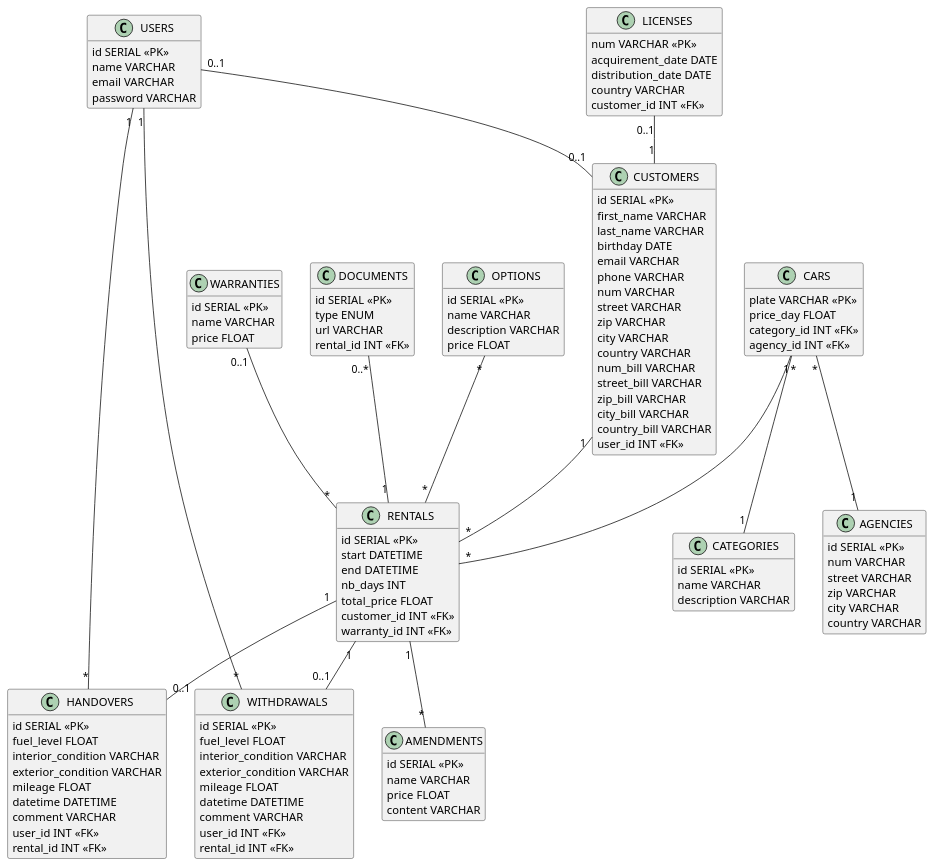
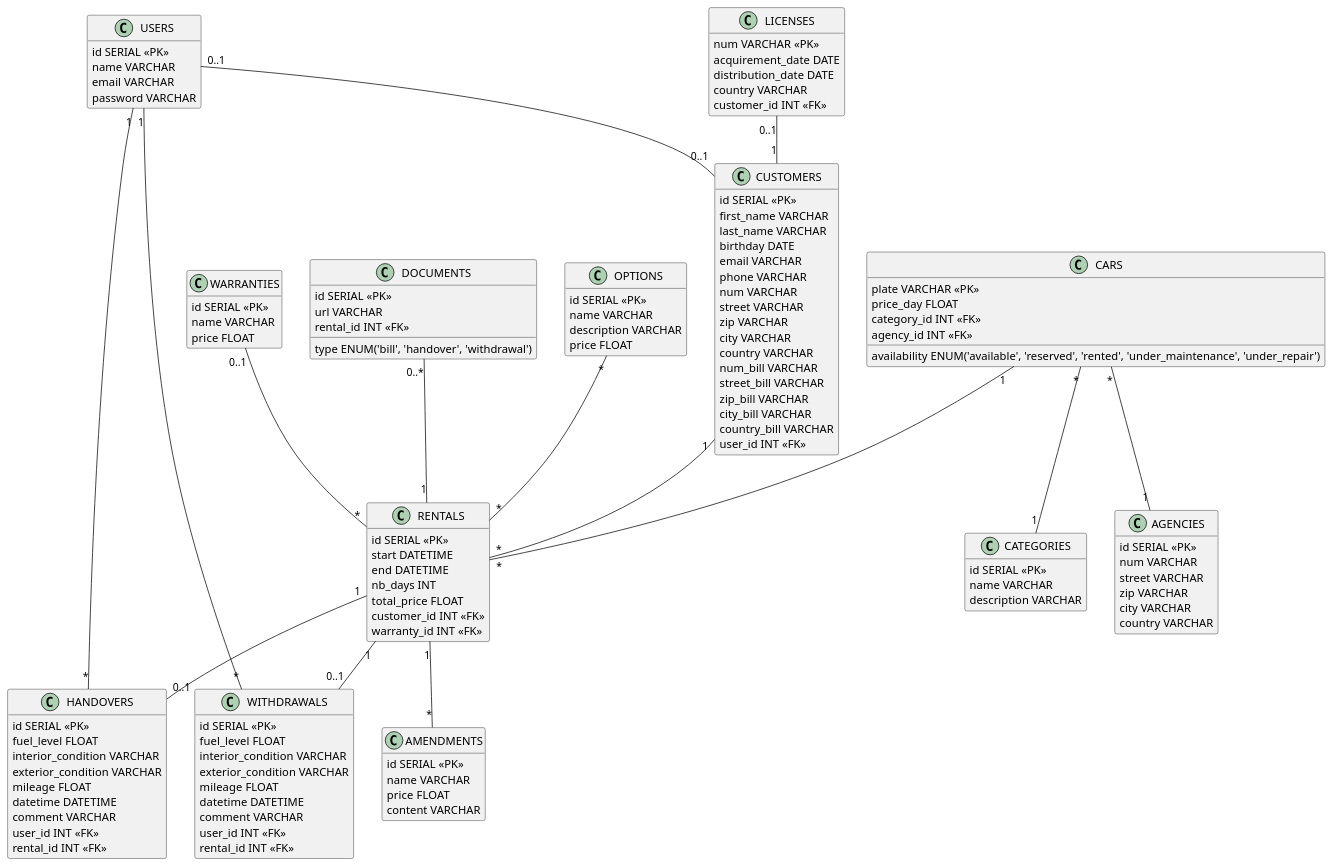
Before and after one commit to axelriv62/roulmapoul-api: the diagram in diagram.puml, drawn with PlantUML.

Commit message:
docs: ajout de la disponibilité pour une voiture

```diff
--- a/diagram.puml
+++ b/diagram.puml
@@ -1,137 +1,138 @@
 @startuml
 hide empty members
 
 class USERS {
     id SERIAL <<PK>>
     name VARCHAR
     email VARCHAR
     password VARCHAR
 }
 
 class CUSTOMERS {
     id SERIAL <<PK>>
     first_name VARCHAR
     last_name VARCHAR
     birthday DATE
     email VARCHAR
     phone VARCHAR
     num VARCHAR
     street VARCHAR
     zip VARCHAR
     city VARCHAR
     country VARCHAR
     num_bill VARCHAR
     street_bill VARCHAR
     zip_bill VARCHAR
     city_bill VARCHAR
     country_bill VARCHAR
     user_id INT <<FK>>
 }
 
 class RENTALS {
     id SERIAL <<PK>>
     start DATETIME
     end DATETIME
     nb_days INT
     total_price FLOAT
     customer_id INT <<FK>>
     warranty_id INT <<FK>>
 }
 
 class LICENSES {
     num VARCHAR <<PK>>
     acquirement_date DATE
     distribution_date DATE
     country VARCHAR
     customer_id INT <<FK>>
 }
 
 class WARRANTIES {
     id SERIAL <<PK>>
     name VARCHAR
     price FLOAT
 }
 
 class AMENDMENTS {
     id SERIAL <<PK>>
     name VARCHAR
     price FLOAT
     content VARCHAR
 }
 
 class DOCUMENTS {
     id SERIAL <<PK>>
-    type ENUM
+    type ENUM('bill', 'handover', 'withdrawal')
     url VARCHAR
     rental_id INT <<FK>>
 }
 
 class WITHDRAWALS {
     id SERIAL <<PK>>
     fuel_level FLOAT
     interior_condition VARCHAR
     exterior_condition VARCHAR
     mileage FLOAT
     datetime DATETIME
     comment VARCHAR
     user_id INT <<FK>>
     rental_id INT <<FK>>
 }
 
 class HANDOVERS {
     id SERIAL <<PK>>
     fuel_level FLOAT
     interior_condition VARCHAR
     exterior_condition VARCHAR
     mileage FLOAT
     datetime DATETIME
     comment VARCHAR
     user_id INT <<FK>>
     rental_id INT <<FK>>
 }
 
 class CARS {
     plate VARCHAR <<PK>>
+    availability ENUM('available', 'reserved', 'rented', 'under_maintenance', 'under_repair')
     price_day FLOAT
     category_id INT <<FK>>
     agency_id INT <<FK>>
 }
 
 class OPTIONS {
     id SERIAL <<PK>>
     name VARCHAR
     description VARCHAR
     price FLOAT
 }
 
 class CATEGORIES {
     id SERIAL <<PK>>
     name VARCHAR
     description VARCHAR
 }
 
 class AGENCIES {
     id SERIAL <<PK>>
     num VARCHAR
     street VARCHAR
     zip VARCHAR
     city VARCHAR
     country VARCHAR
 }
 
 CARS "*" -- "1" AGENCIES
 CARS "*" -- "1" CATEGORIES
 CARS "1" -- "*" RENTALS
 RENTALS "1" -- "*" AMENDMENTS
 RENTALS "1" -- "0..1" WITHDRAWALS
 WITHDRAWALS "*" -- "1" USERS
 USERS "0..1" -- "0..1" CUSTOMERS
 LICENSES "0..1" -- "1" CUSTOMERS
 WARRANTIES "0..1" -- "*" RENTALS
 OPTIONS "*" -- "*" RENTALS
 DOCUMENTS "0..*" -- "1" RENTALS
 USERS "1" -- "*" HANDOVERS
 RENTALS "1" -- "0..1" HANDOVERS
 CUSTOMERS "1" -- "*" RENTALS
 
 @enduml
```
